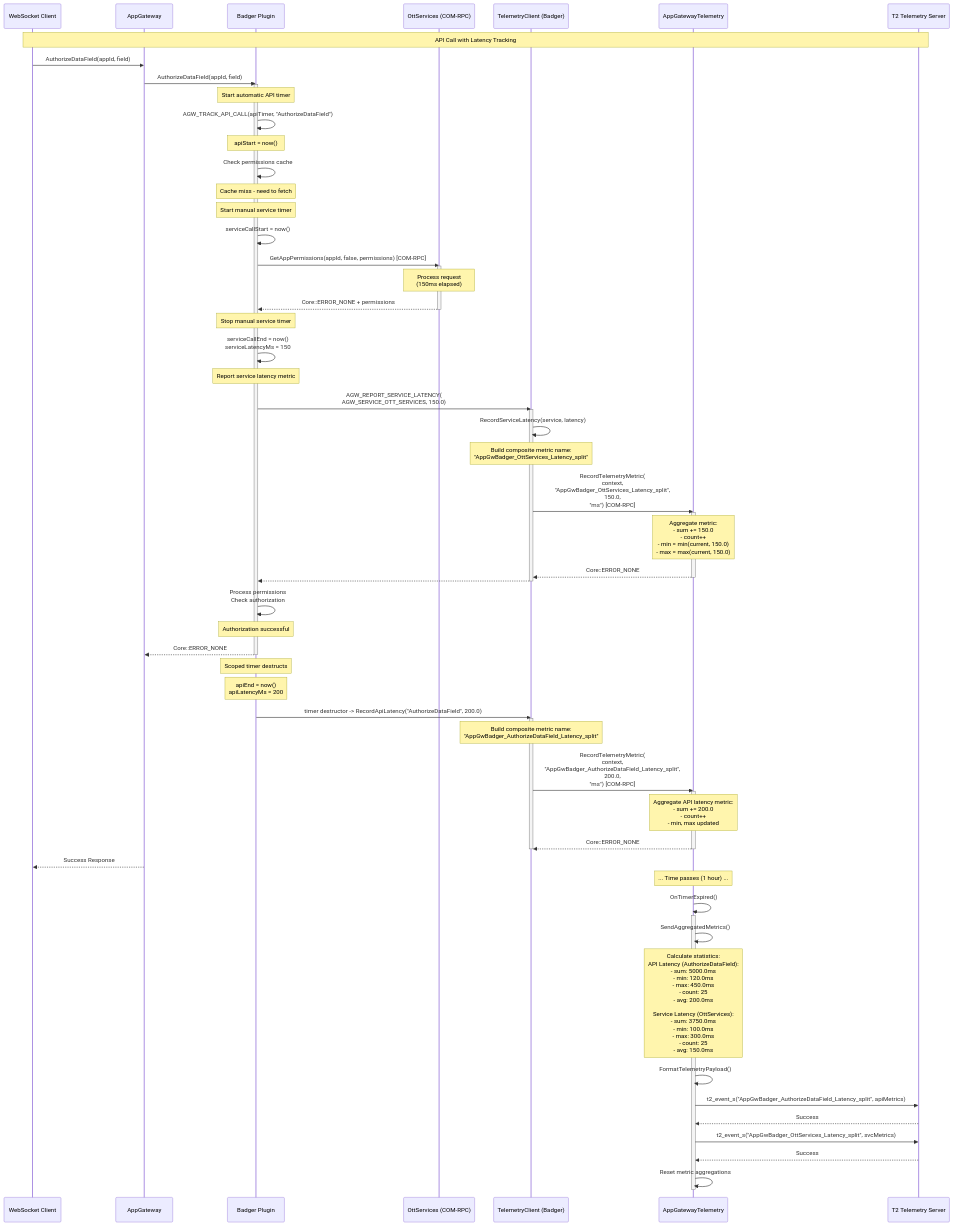
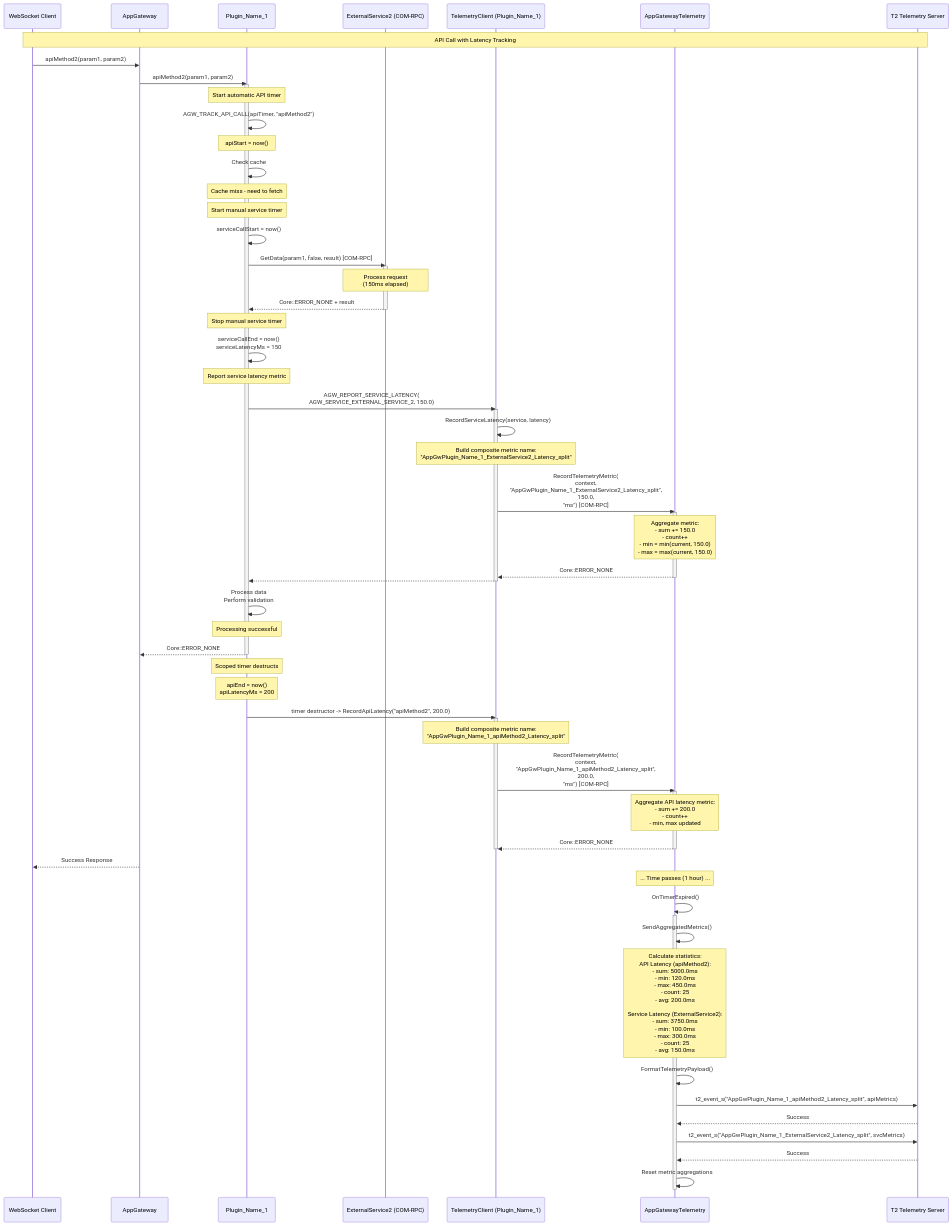
Before and after one commit to rdkcentral/entservices-appgateway: the diagram in AppGateway/docs/sequence-diagrams/05_Metric_Latency_Tracking.md, drawn with Mermaid. The commit also changed other lines of this file and 12 other files, not shown here.

```diff
--- a/AppGateway/docs/sequence-diagrams/05_Metric_Latency_Tracking.md
+++ b/AppGateway/docs/sequence-diagrams/05_Metric_Latency_Tracking.md
@@ -10,48 +10,48 @@
 sequenceDiagram
     participant Client as WebSocket Client
     participant AppGw as AppGateway
-    participant Badger as Badger Plugin
-    participant OttSvc as OttServices (COM-RPC)
-    participant TelemetryClient as TelemetryClient (Badger)
+    participant Plugin as Plugin_Name_1
+    participant ExtSvc as ExternalService2 (COM-RPC)
+    participant TelemetryClient as TelemetryClient (Plugin_Name_1)
     participant Telemetry as AppGatewayTelemetry
     participant T2 as T2 Telemetry Server
     
     Note over Client,T2: API Call with Latency Tracking
     
-    Client->>AppGw: AuthorizeDataField(appId, field)
-    AppGw->>Badger: AuthorizeDataField(appId, field)
-    activate Badger
+    Client->>AppGw: apiMethod2(param1, param2)
+    AppGw->>Plugin: apiMethod2(param1, param2)
+    activate Plugin
     
-    Note over Badger: Start automatic API timer
-    Badger->>Badger: AGW_TRACK_API_CALL(apiTimer, "AuthorizeDataField")
-    Note over Badger: apiStart = now()
+    Note over Plugin: Start automatic API timer
+    Plugin->>Plugin: AGW_TRACK_API_CALL(apiTimer, "apiMethod2")
+    Note over Plugin: apiStart = now()
     
-    Badger->>Badger: Check permissions cache
-    Note over Badger: Cache miss - need to fetch
+    Plugin->>Plugin: Check cache
+    Note over Plugin: Cache miss - need to fetch
     
-    Note over Badger: Start manual service timer
-    Badger->>Badger: serviceCallStart = now()
+    Note over Plugin: Start manual service timer
+    Plugin->>Plugin: serviceCallStart = now()
     
-    Badger->>OttSvc: GetAppPermissions(appId, false, permissions) [COM-RPC]
-    activate OttSvc
+    Plugin->>ExtSvc: GetData(param1, false, result) [COM-RPC]
+    activate ExtSvc
     
-    Note over OttSvc: Process request<br/>(150ms elapsed)
+    Note over ExtSvc: Process request<br/>(150ms elapsed)
     
-    OttSvc-->>Badger: Core::ERROR_NONE + permissions
-    deactivate OttSvc
+    ExtSvc-->>Plugin: Core::ERROR_NONE + result
+    deactivate ExtSvc
     
-    Note over Badger: Stop manual service timer
-    Badger->>Badger: serviceCallEnd = now()<br/>serviceLatencyMs = 150
+    Note over Plugin: Stop manual service timer
+    Plugin->>Plugin: serviceCallEnd = now()<br/>serviceLatencyMs = 150
     
-    Note over Badger: Report service latency metric
-    Badger->>TelemetryClient: AGW_REPORT_SERVICE_LATENCY(<br/>AGW_SERVICE_OTT_SERVICES, 150.0)
+    Note over Plugin: Report service latency metric
+    Plugin->>TelemetryClient: AGW_REPORT_SERVICE_LATENCY(<br/>AGW_SERVICE_EXTERNAL_SERVICE_2, 150.0)
     activate TelemetryClient
     
     TelemetryClient->>TelemetryClient: RecordServiceLatency(service, latency)
     
-    Note over TelemetryClient: Build composite metric name:<br/>"AppGwBadger_OttServices_Latency_split"
+    Note over TelemetryClient: Build composite metric name:<br/>"AppGwPlugin_Name_1_ExternalService2_Latency_split"
     
-    TelemetryClient->>Telemetry: RecordTelemetryMetric(<br/>context,<br/>"AppGwBadger_OttServices_Latency_split",<br/>150.0,<br/>"ms") [COM-RPC]
+    TelemetryClient->>Telemetry: RecordTelemetryMetric(<br/>context,<br/>"AppGwPlugin_Name_1_ExternalService2_Latency_split",<br/>150.0,<br/>"ms") [COM-RPC]
     activate Telemetry
     
     Note over Telemetry: Aggregate metric:<br/>- sum += 150.0<br/>- count++<br/>- min = min(current, 150.0)<br/>- max = max(current, 150.0)
@@ -59,24 +59,24 @@
     Telemetry-->>TelemetryClient: Core::ERROR_NONE
     deactivate Telemetry
     
-    TelemetryClient-->>Badger: 
+    TelemetryClient-->>Plugin: 
     deactivate TelemetryClient
     
-    Badger->>Badger: Process permissions<br/>Check authorization
-    Note over Badger: Authorization successful
+    Plugin->>Plugin: Process data<br/>Perform validation
+    Note over Plugin: Processing successful
     
-    Badger-->>AppGw: Core::ERROR_NONE
-    deactivate Badger
+    Plugin-->>AppGw: Core::ERROR_NONE
+    deactivate Plugin
     
-    Note over Badger: Scoped timer destructs
-    Note over Badger: apiEnd = now()<br/>apiLatencyMs = 200
+    Note over Plugin: Scoped timer destructs
+    Note over Plugin: apiEnd = now()<br/>apiLatencyMs = 200
     
-    Badger->>TelemetryClient: timer destructor -> RecordApiLatency("AuthorizeDataField", 200.0)
+    Plugin->>TelemetryClient: timer destructor -> RecordApiLatency("apiMethod2", 200.0)
     activate TelemetryClient
     
-    Note over TelemetryClient: Build composite metric name:<br/>"AppGwBadger_AuthorizeDataField_Latency_split"
+    Note over TelemetryClient: Build composite metric name:<br/>"AppGwPlugin_Name_1_apiMethod2_Latency_split"
     
-    TelemetryClient->>Telemetry: RecordTelemetryMetric(<br/>context,<br/>"AppGwBadger_AuthorizeDataField_Latency_split",<br/>200.0,<br/>"ms") [COM-RPC]
+    TelemetryClient->>Telemetry: RecordTelemetryMetric(<br/>context,<br/>"AppGwPlugin_Name_1_apiMethod2_Latency_split",<br/>200.0,<br/>"ms") [COM-RPC]
     activate Telemetry
     
     Note over Telemetry: Aggregate API latency metric:<br/>- sum += 200.0<br/>- count++<br/>- min, max updated
@@ -94,14 +94,14 @@
     
     Telemetry->>Telemetry: SendAggregatedMetrics()
     
-    Note over Telemetry: Calculate statistics:<br/>API Latency (AuthorizeDataField):<br/>- sum: 5000.0ms<br/>- min: 120.0ms<br/>- max: 450.0ms<br/>- count: 25<br/>- avg: 200.0ms<br/><br/>Service Latency (OttServices):<br/>- sum: 3750.0ms<br/>- min: 100.0ms<br/>- max: 300.0ms<br/>- count: 25<br/>- avg: 150.0ms
+    Note over Telemetry: Calculate statistics:<br/>API Latency (apiMethod2):<br/>- sum: 5000.0ms<br/>- min: 120.0ms<br/>- max: 450.0ms<br/>- count: 25<br/>- avg: 200.0ms<br/><br/>Service Latency (ExternalService2):<br/>- sum: 3750.0ms<br/>- min: 100.0ms<br/>- max: 300.0ms<br/>- count: 25<br/>- avg: 150.0ms
     
     Telemetry->>Telemetry: FormatTelemetryPayload()
     
-    Telemetry->>T2: t2_event_s("AppGwBadger_AuthorizeDataField_Latency_split", apiMetrics)
+    Telemetry->>T2: t2_event_s("AppGwPlugin_Name_1_apiMethod2_Latency_split", apiMetrics)
     T2-->>Telemetry: Success
     
-    Telemetry->>T2: t2_event_s("AppGwBadger_OttServices_Latency_split", svcMetrics)
+    Telemetry->>T2: t2_event_s("AppGwPlugin_Name_1_ExternalService2_Latency_split", svcMetrics)
     T2-->>Telemetry: Success
     
     Telemetry->>Telemetry: Reset metric aggregations
```
